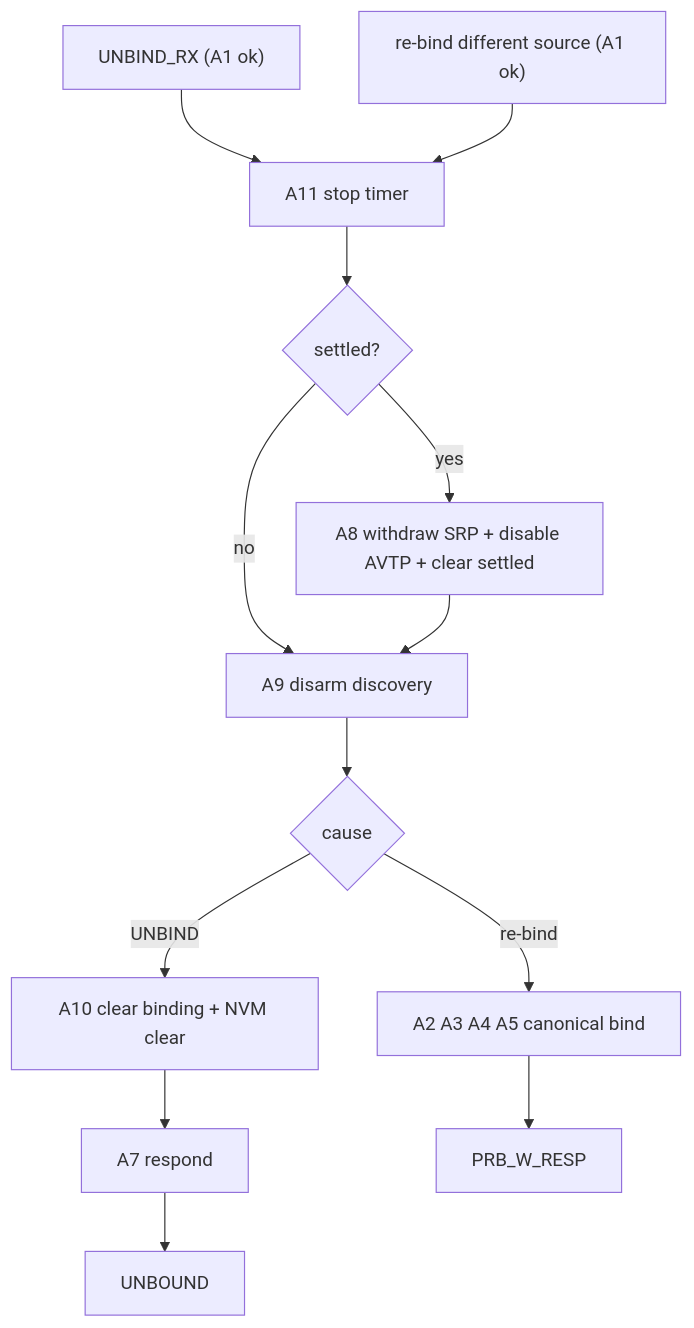
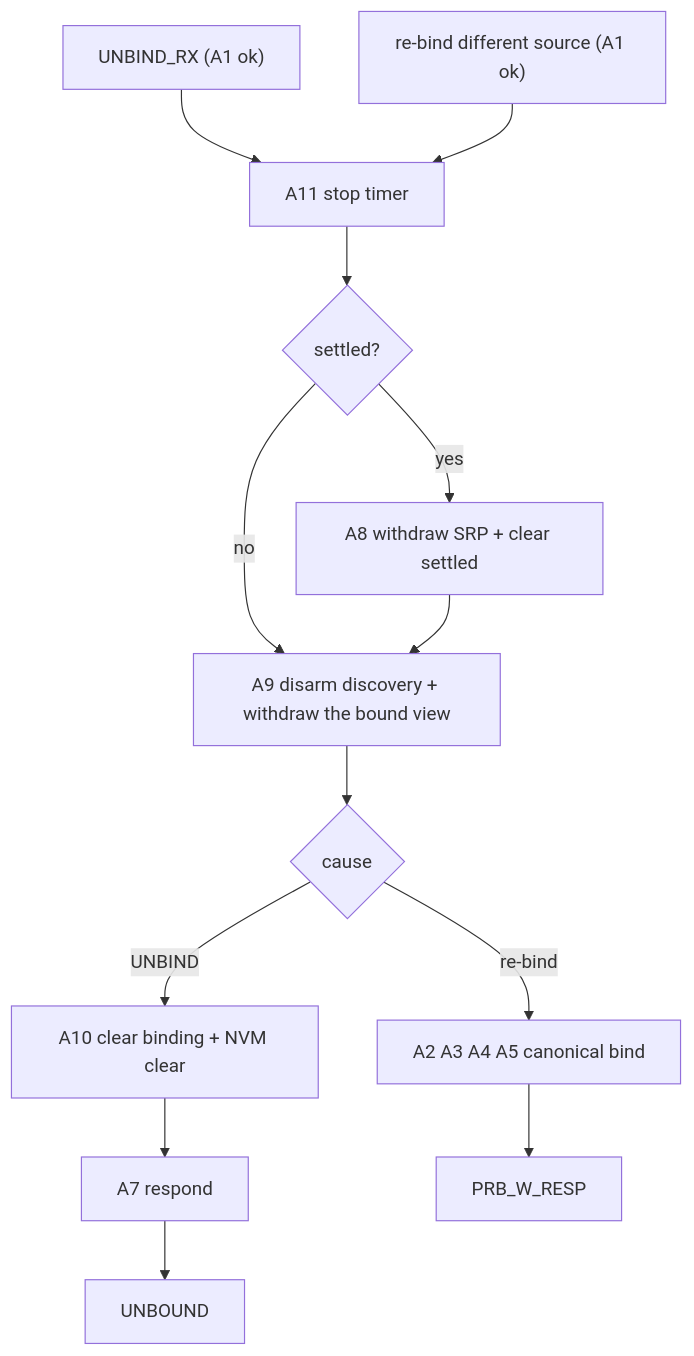
The fifth of 11 diagrams in docs/architecture/05_acmp_engine.md (Mister-M-alt/protocol-processor-control-plane-avb-milan), drawn with Mermaid before and after one commit. The commit also changed other lines of this file and 6 other files, not shown here.

````diff
--- a/docs/architecture/05_acmp_engine.md
+++ b/docs/architecture/05_acmp_engine.md
@@ -346,11 +346,11 @@
 ```mermaid
 flowchart TB
   ub["UNBIND_RX (A1 ok)"] --> t1["A11 stop timer"] --> t2{"settled?"}
   rb["re-bind different source (A1 ok)"] --> t1
-  t2 -- yes --> t3["A8 withdraw SRP + disable AVTP + clear settled"]
-  t2 -- no --> t4["A9 disarm discovery"]
+  t2 -- yes --> t3["A8 withdraw SRP + clear settled"]
+  t2 -- no --> t4["A9 disarm discovery + withdraw the bound view"]
   t3 --> t4
   t4 --> t5{"cause"}
   t5 -- "UNBIND" --> t6["A10 clear binding + NVM clear"] --> t7["A7 respond"] --> u["UNBOUND"]
   t5 -- "re-bind" --> t8["A2 A3 A4 A5 canonical bind"] --> p["PRB_W_RESP"]
 ```
````
